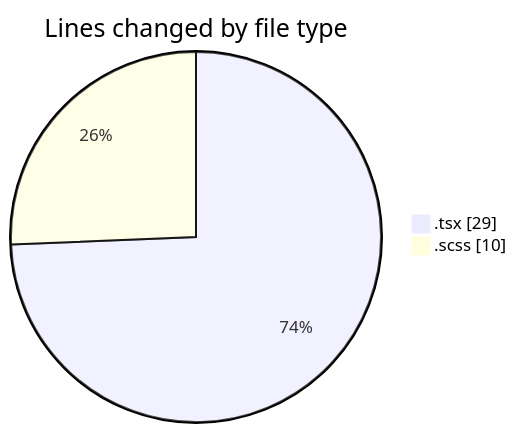
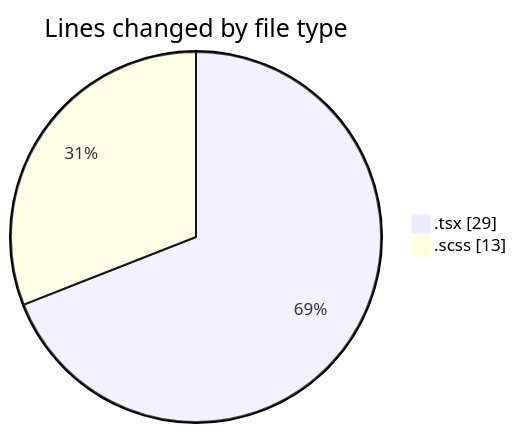
One commit to momahboobian/code-tracking changed the first of 2 diagrams in 2025-04-09/cda/README.md. Above: the diagram before and after it, drawn with Mermaid. The commit also changed other lines of this file and 1 other file, not shown here.

````diff
--- a/2025-04-09/cda/README.md
+++ b/2025-04-09/cda/README.md
@@ -21,6 +21,6 @@
 ```mermaid
 pie showData
 title Lines changed by file type
 ".tsx" : 29
-".scss" : 10
+".scss" : 13
 ```
````
